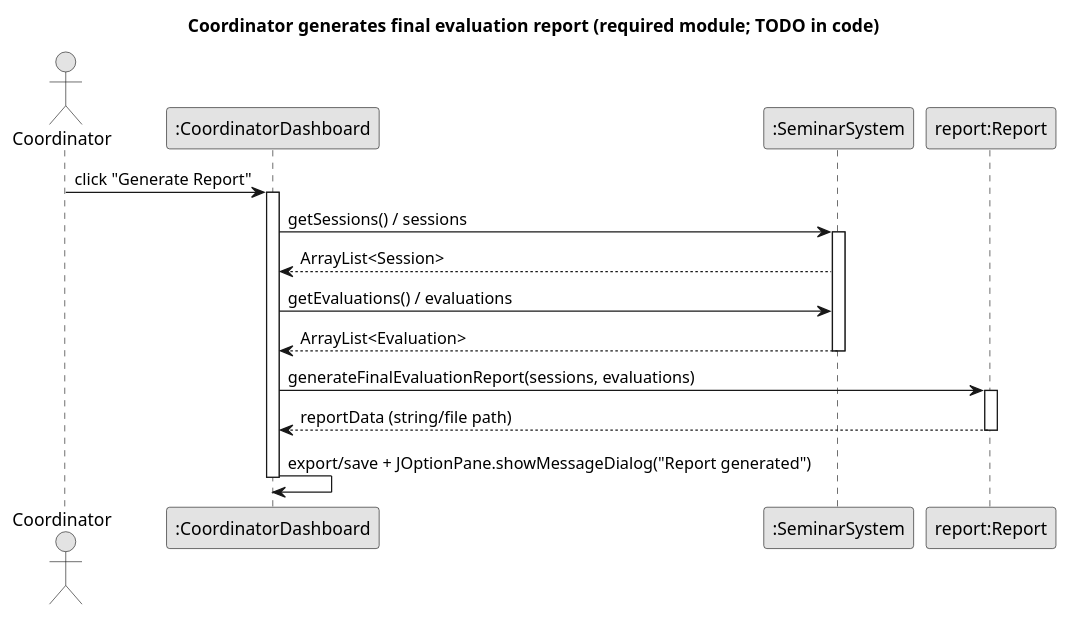
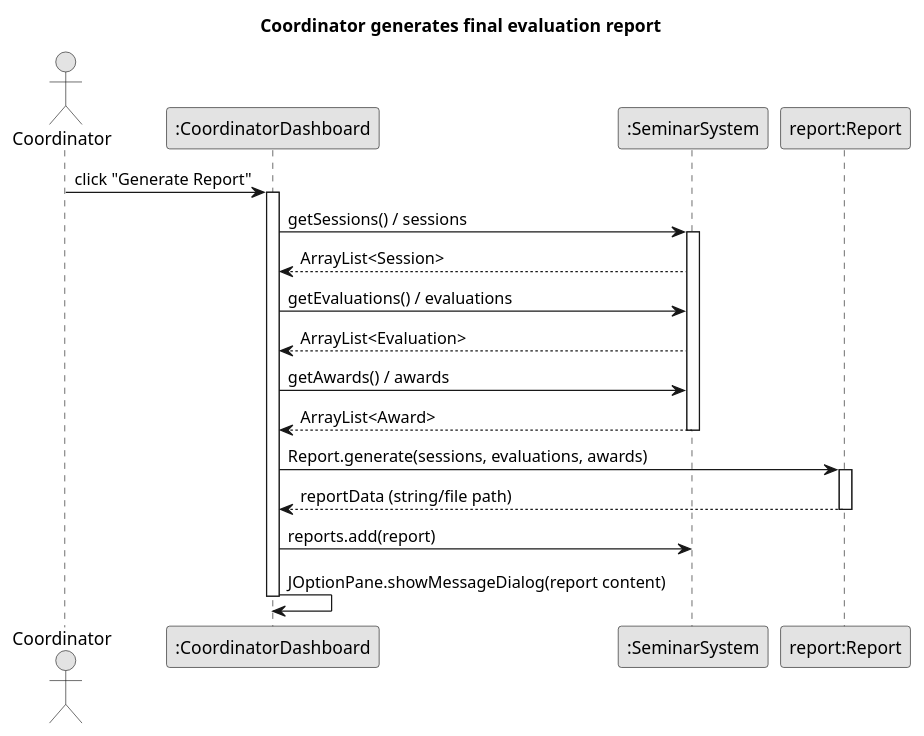
The diagram in diagrams/sequence/08-coordinator-generate-report.puml (flash-rizz/Seminar-system), drawn with PlantUML before and after one commit. The commit also changed other lines of this file and 10 other files, not shown here.

Commit message:
Implement Award and Report modules and sync UML

```diff
--- a/diagrams/sequence/08-coordinator-generate-report.puml
+++ b/diagrams/sequence/08-coordinator-generate-report.puml
@@ -1,28 +1,31 @@
 @startuml
 skinparam monochrome true
 skinparam shadowing false
 
-title Coordinator generates final evaluation report (required module; TODO in code)
+title Coordinator generates final evaluation report
 
 actor "Coordinator" as coordActor
 participant ":CoordinatorDashboard" as dash
 participant ":SeminarSystem" as sys
 participant "report:Report" as report
 
 coordActor -> dash : click "Generate Report"
 activate dash
 dash -> sys : getSessions() / sessions
 activate sys
 sys --> dash : ArrayList<Session>
 dash -> sys : getEvaluations() / evaluations
 sys --> dash : ArrayList<Evaluation>
+dash -> sys : getAwards() / awards
+sys --> dash : ArrayList<Award>
 deactivate sys
 
-dash -> report : generateFinalEvaluationReport(sessions, evaluations)
+dash -> report : Report.generate(sessions, evaluations, awards)
 activate report
 report --> dash : reportData (string/file path)
 deactivate report
 
-dash -> dash : export/save + JOptionPane.showMessageDialog("Report generated")
+dash -> sys : reports.add(report)
+dash -> dash : JOptionPane.showMessageDialog(report content)
 deactivate dash
 @enduml
```
